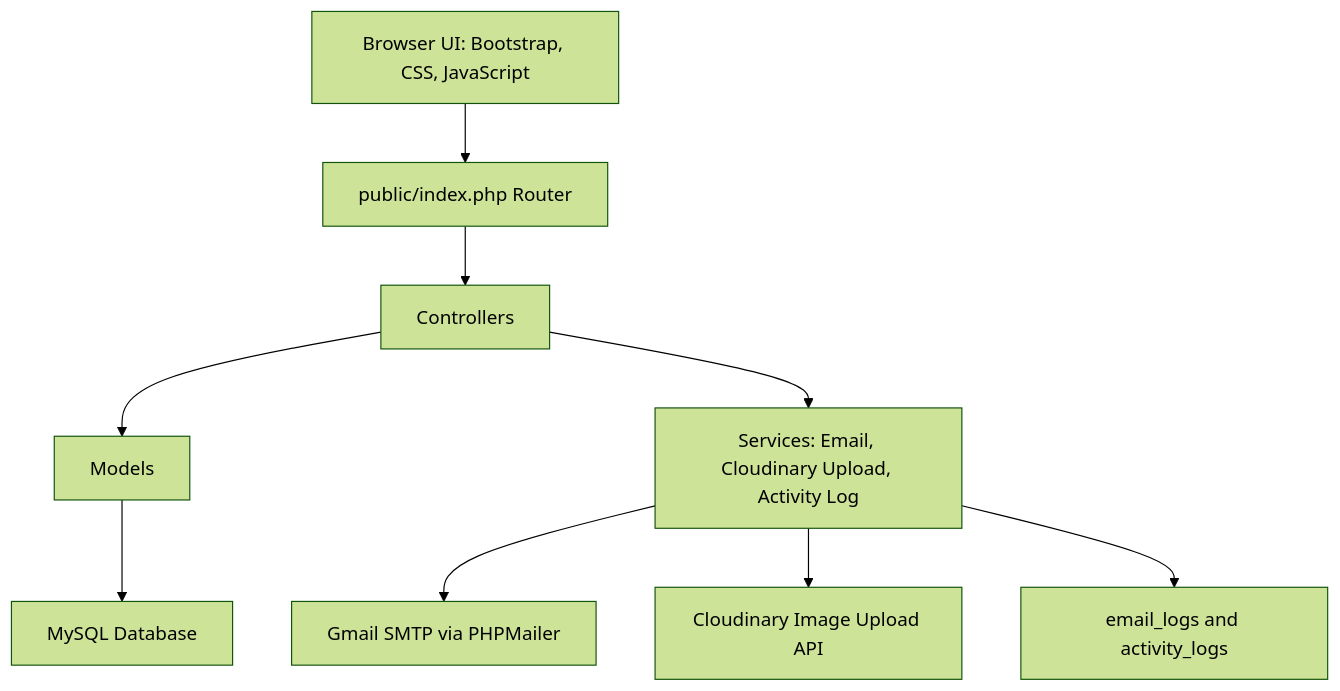
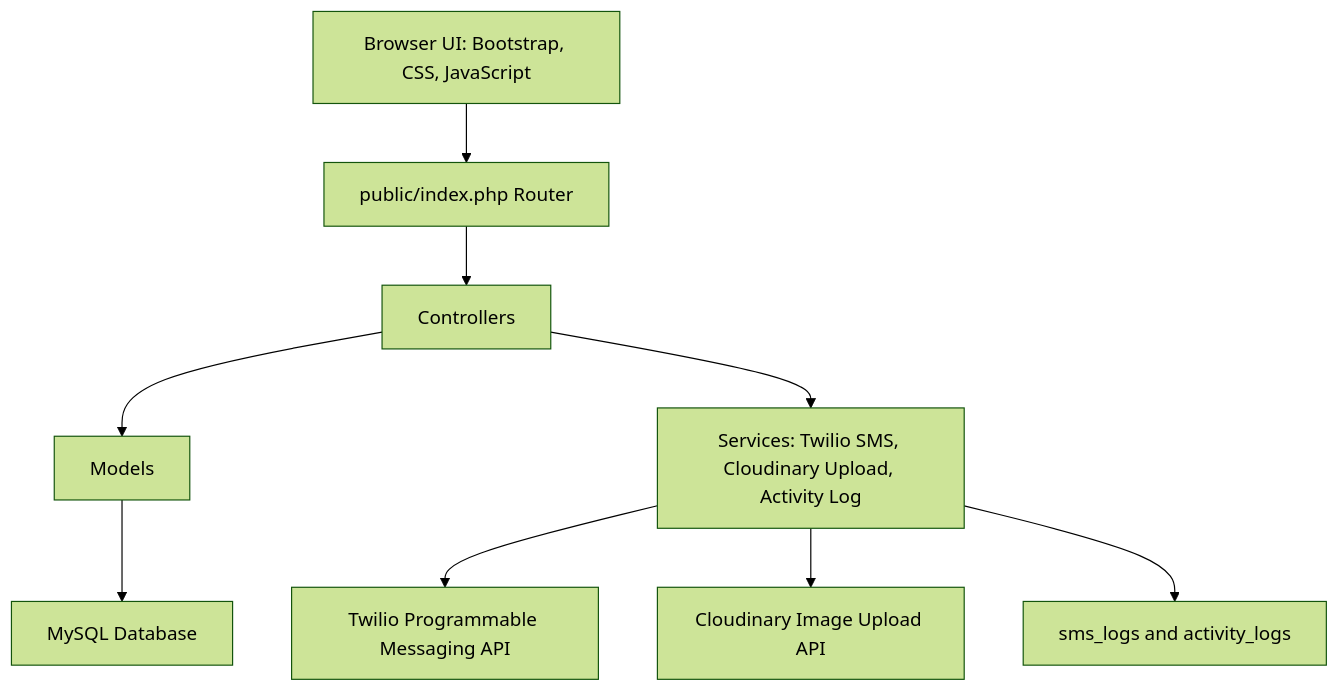
One commit to yoro-daniel/lost-found-system changed the diagram in documentation.md. Above: the diagram before and after it, drawn with Mermaid (forest theme). The commit also changed other lines of this file and 26 other files, not shown here.

Commit message:
Replace SMTP OTP with Twilio SMS

````diff
--- a/documentation.md
+++ b/documentation.md
@@ -7,11 +7,11 @@
 ```mermaid
 flowchart TD
   Browser["Browser UI: Bootstrap, CSS, JavaScript"] --> Router["public/index.php Router"]
   Router --> Controllers["Controllers"]
   Controllers --> Models["Models"]
-  Controllers --> Services["Services: Email, Cloudinary Upload, Activity Log"]
+  Controllers --> Services["Services: Twilio SMS, Cloudinary Upload, Activity Log"]
   Models --> MySQL["MySQL Database"]
-  Services --> SMTP["Gmail SMTP via PHPMailer"]
+  Services --> Twilio["Twilio Programmable Messaging API"]
   Services --> Cloudinary["Cloudinary Image Upload API"]
-  Services --> Logs["email_logs and activity_logs"]
+  Services --> Logs["sms_logs and activity_logs"]
 ```
````
